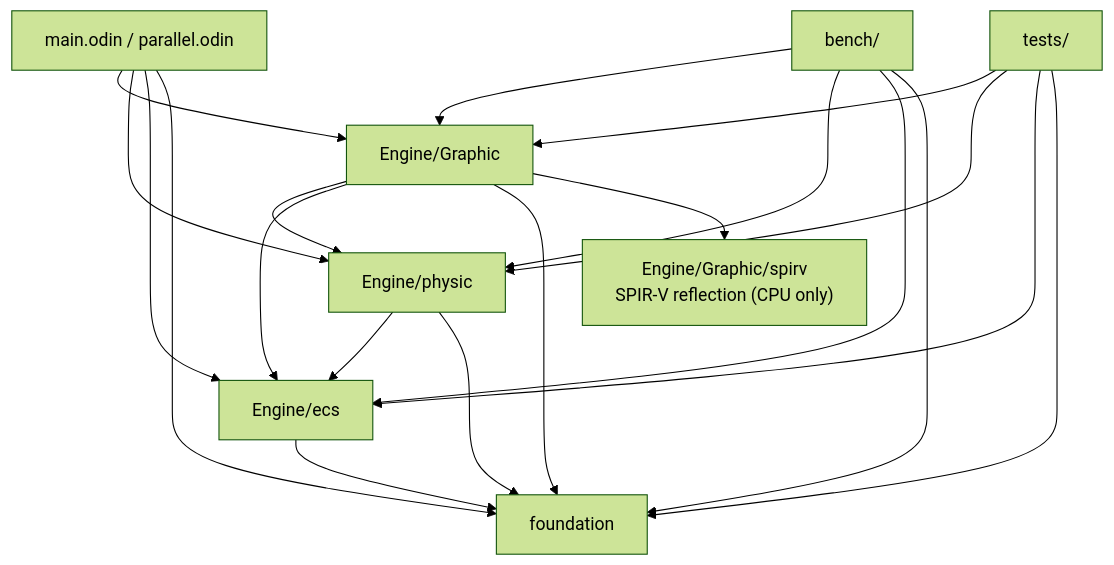
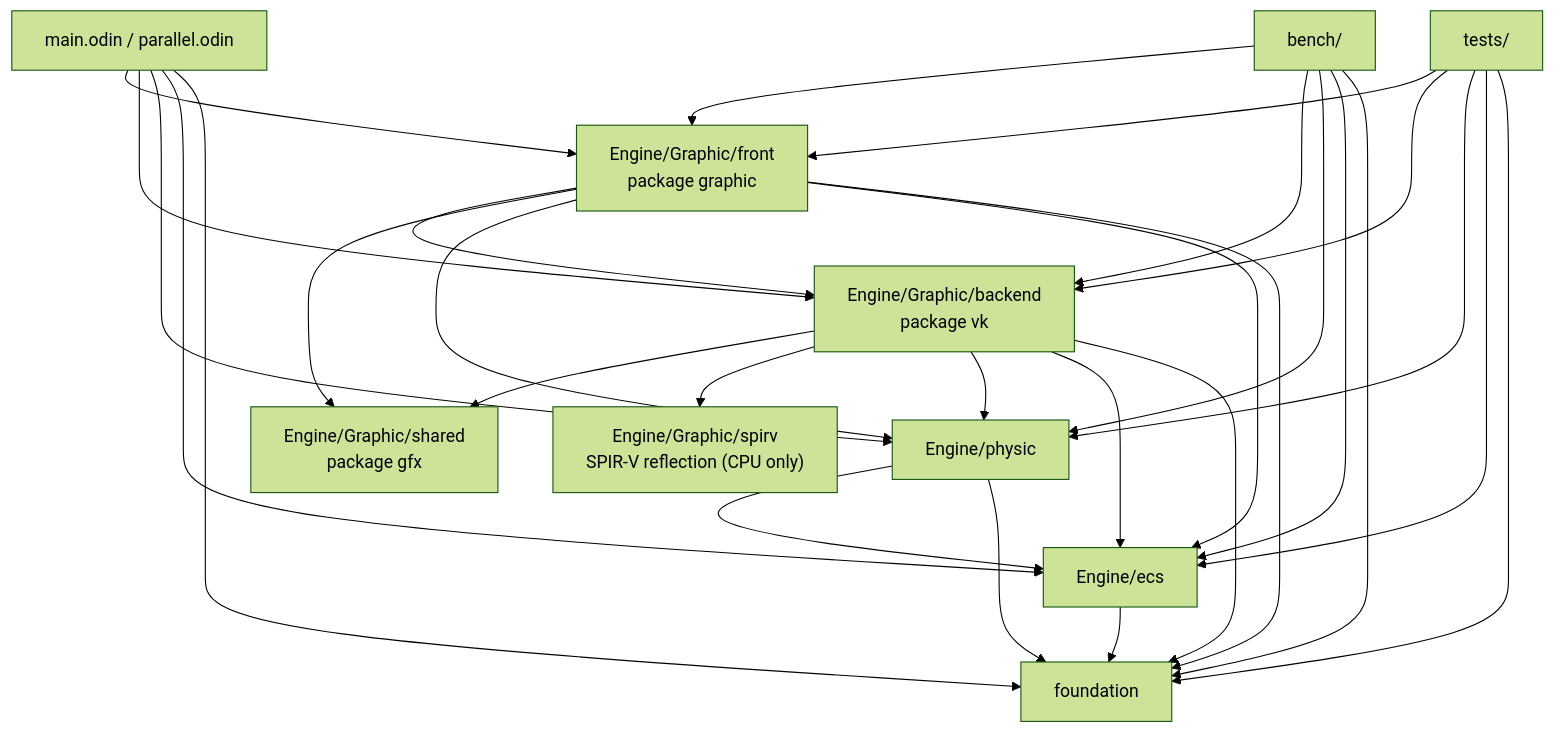
The second of 7 diagrams in docs/architecture.md (TanukiConDos/Gravity-Simulator), drawn with Mermaid (forest theme) before and after one commit. The commit also changed other lines of this file and 8 other files, not shown here.

First line of the commit message:
docs: document the graphics front/backend split and add a layering guard

````diff
--- a/docs/architecture.md
+++ b/docs/architecture.md
@@ -38,32 +38,43 @@
 ```mermaid
 flowchart TD
     main["main.odin / parallel.odin"]
     bench["bench/"]
     tests["tests/"]
-    graphic["Engine/Graphic"]
+    front["Engine/Graphic/front<br/>package graphic"]
+    backend["Engine/Graphic/backend<br/>package vk"]
+    shared["Engine/Graphic/shared<br/>package gfx"]
     spirv["Engine/Graphic/spirv<br/>SPIR-V reflection (CPU only)"]
     physic["Engine/physic"]
     ecs["Engine/ecs"]
     foundation["foundation"]
 
-    main --> graphic
+    main --> front
+    main --> backend
     main --> physic
     main --> ecs
     main --> foundation
-    bench --> graphic
+    bench --> front
+    bench --> backend
     bench --> physic
     bench --> ecs
     bench --> foundation
-    tests --> graphic
+    tests --> front
+    tests --> backend
     tests --> physic
     tests --> ecs
     tests --> foundation
 
-    graphic --> physic
-    graphic --> ecs
-    graphic --> foundation
-    graphic --> spirv
+    front --> backend
+    front --> shared
+    backend --> shared
+    backend --> spirv
+    front --> physic
+    front --> ecs
+    front --> foundation
+    backend --> physic
+    backend --> ecs
+    backend --> foundation
     physic --> ecs
     physic --> foundation
     ecs --> foundation
 ```
````
